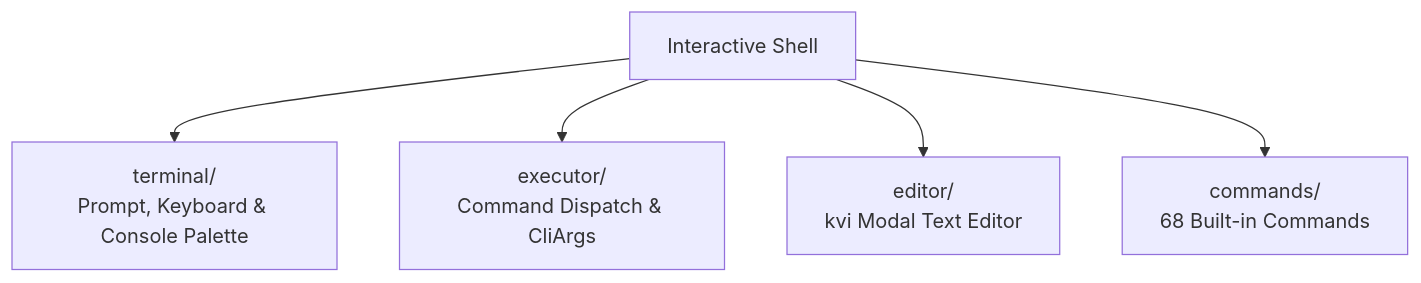
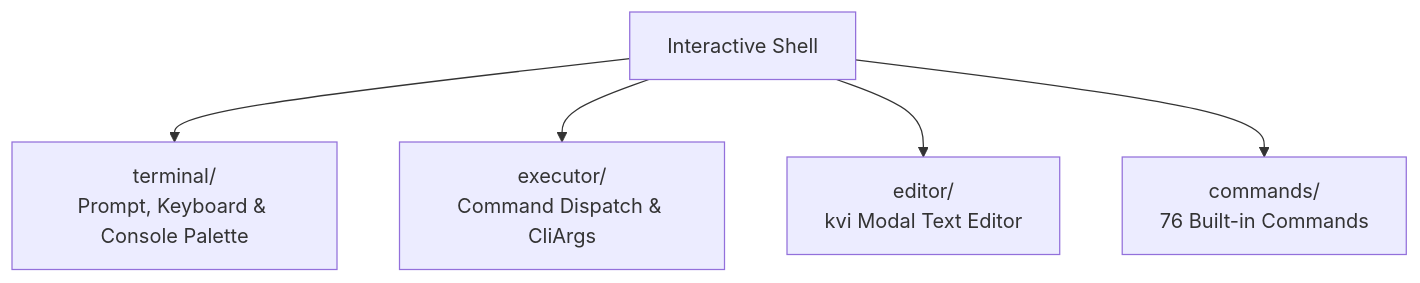
Before and after one commit to mrvlous/keira: the diagram in docs/shell/README.md, drawn with Mermaid. The commit also changed other lines of this file and 1 other file, not shown here.

Commit message:
docs(shell): update built-in command catalog and category counts to 76 commands

````diff
--- a/docs/shell/README.md
+++ b/docs/shell/README.md
@@ -11,7 +11,7 @@
 ```mermaid
 graph TD
     Shell["Interactive Shell"] --> Terminal["terminal/<br/>Prompt, Keyboard & Console Palette"]
     Shell --> Executor["executor/<br/>Command Dispatch & CliArgs"]
     Shell --> Editor["editor/<br/>kvi Modal Text Editor"]
-    Shell --> Cmds["commands/<br/>68 Built-in Commands"]
+    Shell --> Cmds["commands/<br/>76 Built-in Commands"]
 ```
````
